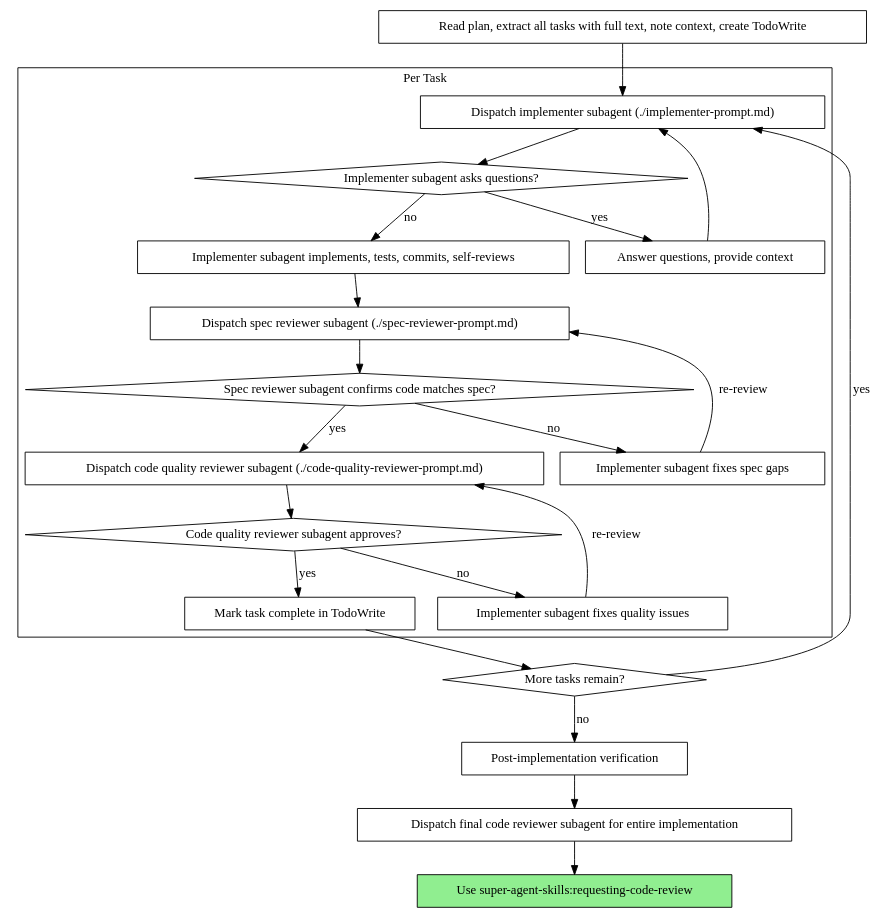
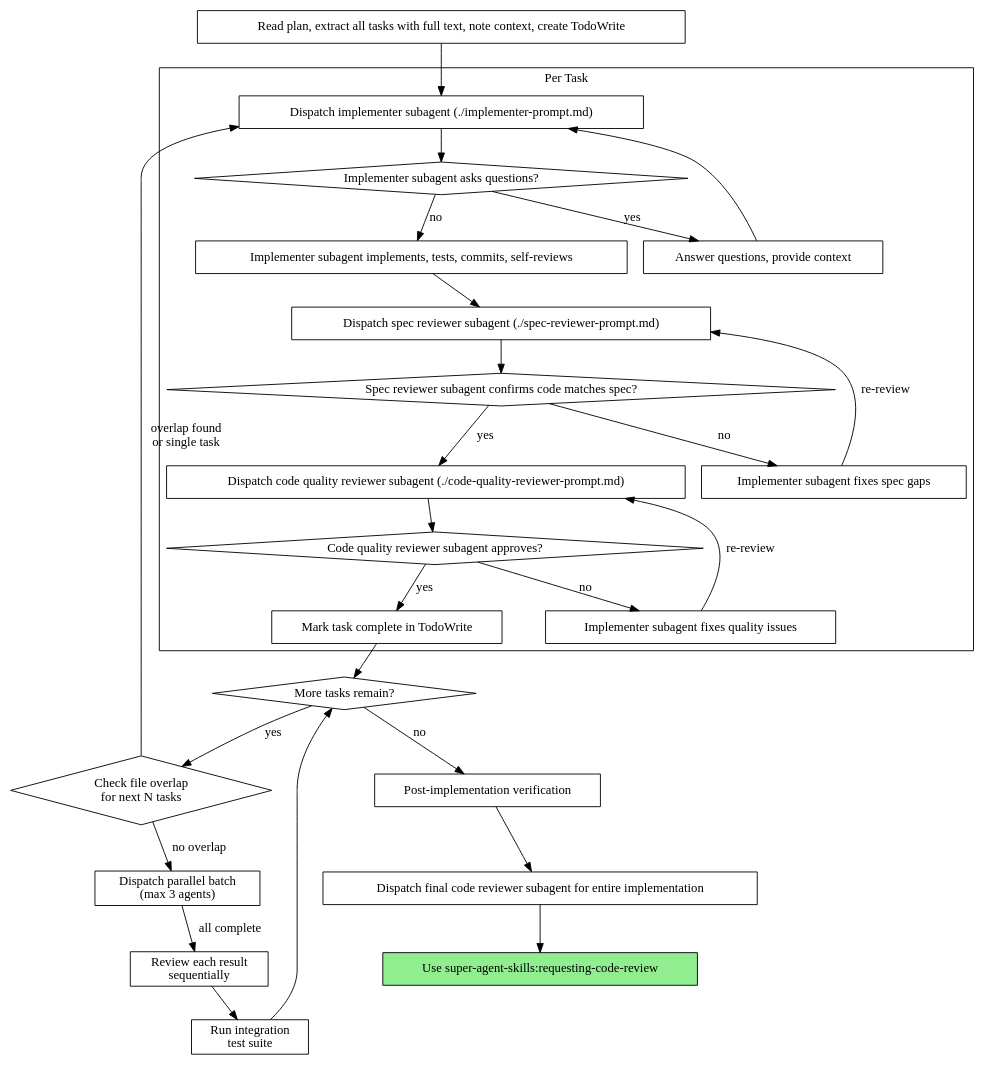
Before and after one commit to oscarqjh/super-agent-skills: the second of 2 diagrams in skills/subagent-driven-development/SKILL.md, drawn with Graphviz. The commit also changed other lines of this file and 3 other files, not shown here.

````diff
--- a/skills/subagent-driven-development/SKILL.md
+++ b/skills/subagent-driven-development/SKILL.md
@@ -42,46 +42,55 @@
 ```dot
 digraph process {
     rankdir=TB;
 
     subgraph cluster_per_task {
         label="Per Task";
         "Dispatch implementer subagent (./implementer-prompt.md)" [shape=box];
         "Implementer subagent asks questions?" [shape=diamond];
         "Answer questions, provide context" [shape=box];
         "Implementer subagent implements, tests, commits, self-reviews" [shape=box];
         "Dispatch spec reviewer subagent (./spec-reviewer-prompt.md)" [shape=box];
         "Spec reviewer subagent confirms code matches spec?" [shape=diamond];
         "Implementer subagent fixes spec gaps" [shape=box];
         "Dispatch code quality reviewer subagent (./code-quality-reviewer-prompt.md)" [shape=box];
         "Code quality reviewer subagent approves?" [shape=diamond];
         "Implementer subagent fixes quality issues" [shape=box];
         "Mark task complete in TodoWrite" [shape=box];
     }
 
     "Read plan, extract all tasks with full text, note context, create TodoWrite" [shape=box];
     "More tasks remain?" [shape=diamond];
     "Post-implementation verification" [shape=box];
     "Dispatch final code reviewer subagent for entire implementation" [shape=box];
     "Use super-agent-skills:requesting-code-review" [shape=box style=filled fillcolor=lightgreen];
+    "Check file overlap\nfor next N tasks" [shape=diamond];
+    "Dispatch parallel batch\n(max 3 agents)" [shape=box];
+    "Review each result\nsequentially" [shape=box];
+    "Run integration\ntest suite" [shape=box];
 
     "Read plan, extract all tasks with full text, note context, create TodoWrite" -> "Dispatch implementer subagent (./implementer-prompt.md)";
     "Dispatch implementer subagent (./implementer-prompt.md)" -> "Implementer subagent asks questions?";
     "Implementer subagent asks questions?" -> "Answer questions, provide context" [label="yes"];
     "Answer questions, provide context" -> "Dispatch implementer subagent (./implementer-prompt.md)";
     "Implementer subagent asks questions?" -> "Implementer subagent implements, tests, commits, self-reviews" [label="no"];
     "Implementer subagent implements, tests, commits, self-reviews" -> "Dispatch spec reviewer subagent (./spec-reviewer-prompt.md)";
     "Dispatch spec reviewer subagent (./spec-reviewer-prompt.md)" -> "Spec reviewer subagent confirms code matches spec?";
     "Spec reviewer subagent confirms code matches spec?" -> "Implementer subagent fixes spec gaps" [label="no"];
     "Implementer subagent fixes spec gaps" -> "Dispatch spec reviewer subagent (./spec-reviewer-prompt.md)" [label="re-review"];
     "Spec reviewer subagent confirms code matches spec?" -> "Dispatch code quality reviewer subagent (./code-quality-reviewer-prompt.md)" [label="yes"];
     "Dispatch code quality reviewer subagent (./code-quality-reviewer-prompt.md)" -> "Code quality reviewer subagent approves?";
     "Code quality reviewer subagent approves?" -> "Implementer subagent fixes quality issues" [label="no"];
     "Implementer subagent fixes quality issues" -> "Dispatch code quality reviewer subagent (./code-quality-reviewer-prompt.md)" [label="re-review"];
     "Code quality reviewer subagent approves?" -> "Mark task complete in TodoWrite" [label="yes"];
     "Mark task complete in TodoWrite" -> "More tasks remain?";
-    "More tasks remain?" -> "Dispatch implementer subagent (./implementer-prompt.md)" [label="yes"];
+    "More tasks remain?" -> "Check file overlap\nfor next N tasks" [label="yes"];
+    "Check file overlap\nfor next N tasks" -> "Dispatch parallel batch\n(max 3 agents)" [label="no overlap"];
+    "Check file overlap\nfor next N tasks" -> "Dispatch implementer subagent (./implementer-prompt.md)" [label="overlap found\nor single task"];
+    "Dispatch parallel batch\n(max 3 agents)" -> "Review each result\nsequentially" [label="all complete"];
+    "Review each result\nsequentially" -> "Run integration\ntest suite";
+    "Run integration\ntest suite" -> "More tasks remain?";
     "More tasks remain?" -> "Post-implementation verification" [label="no"];
     "Post-implementation verification" -> "Dispatch final code reviewer subagent for entire implementation";
     "Dispatch final code reviewer subagent for entire implementation" -> "Use super-agent-skills:requesting-code-review";
 }
 ```
````
